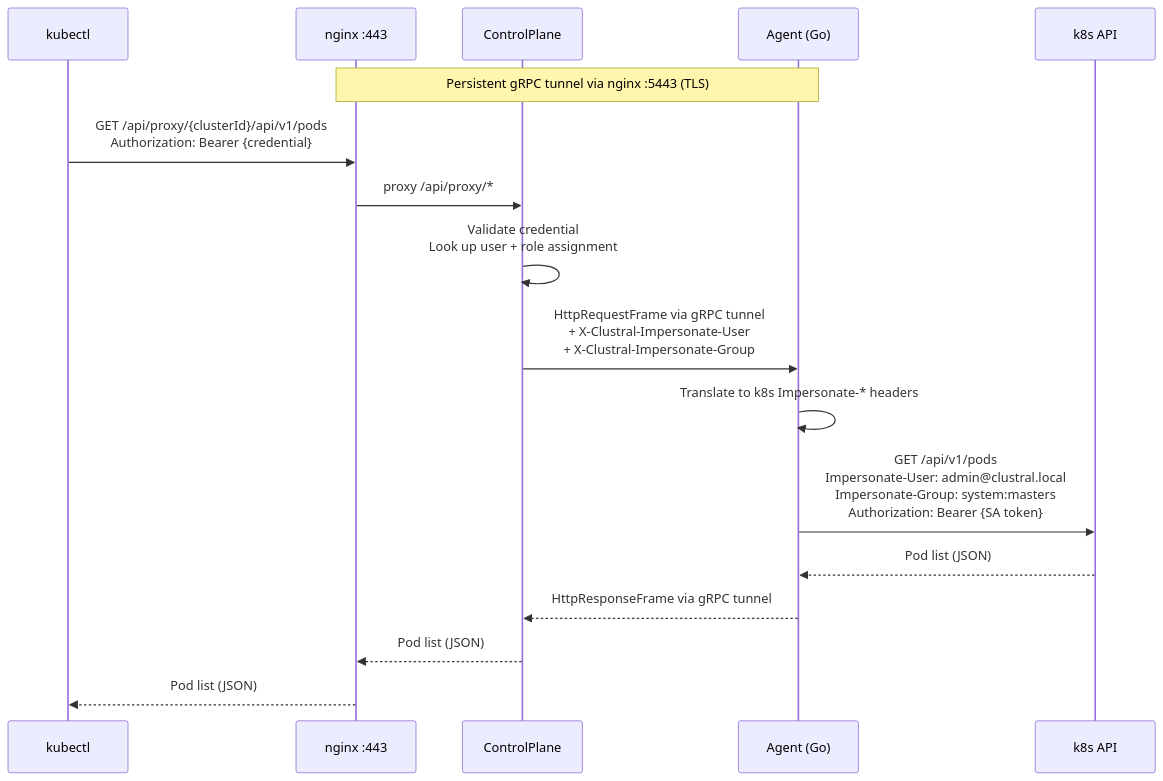
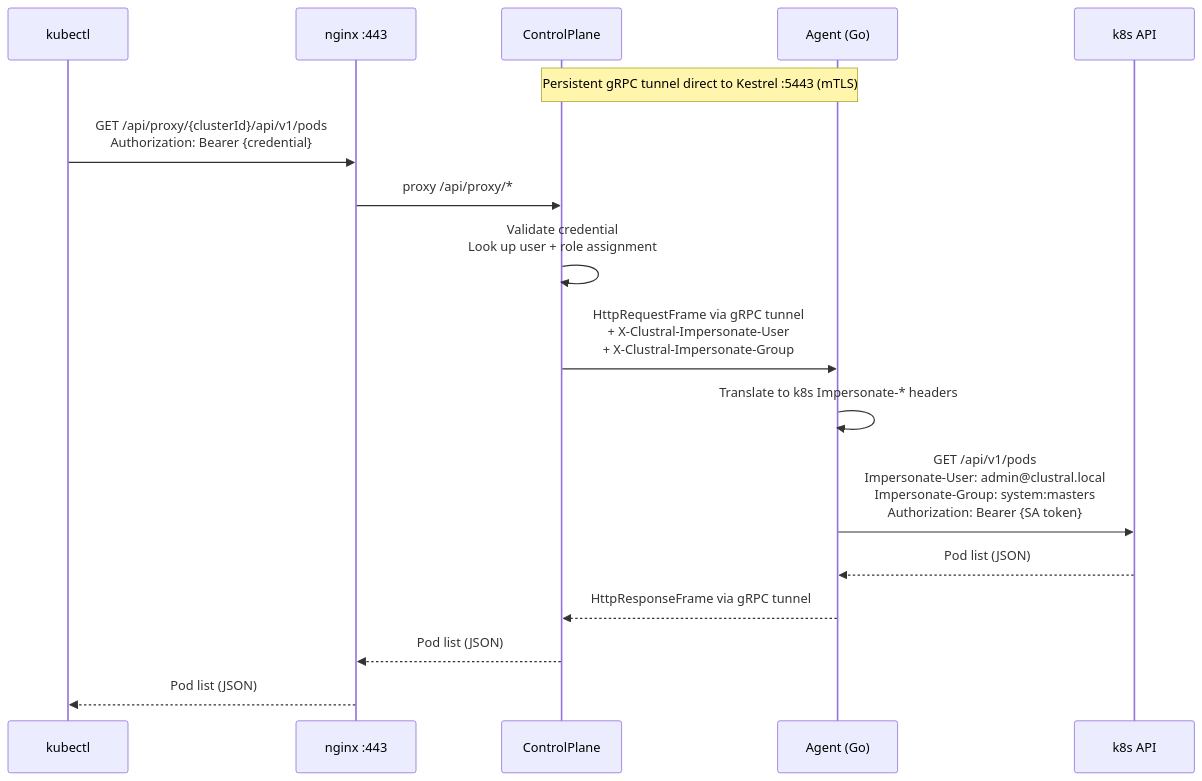
One commit to Clustral/clustral changed the third of 14 diagrams in README.md. Above: the diagram before and after it, drawn with Mermaid. The commit also changed other lines of this file and 16 other files, not shown here.

````diff
--- a/README.md
+++ b/README.md
@@ -95,21 +95,21 @@
 ```mermaid
 sequenceDiagram
     participant kubectl
     participant NGX as nginx :443
     participant CP as ControlPlane
     participant Agent as Agent (Go)
     participant K8S as k8s API
 
-    Note over Agent,NGX: Persistent gRPC tunnel via nginx :5443 (TLS)
+    Note over Agent,CP: Persistent gRPC tunnel direct to Kestrel :5443 (mTLS)
 
     kubectl->>NGX: GET /api/proxy/{clusterId}/api/v1/pods<br/>Authorization: Bearer {credential}
     NGX->>CP: proxy /api/proxy/*
     CP->>CP: Validate credential<br/>Look up user + role assignment
     CP->>Agent: HttpRequestFrame via gRPC tunnel<br/>+ X-Clustral-Impersonate-User<br/>+ X-Clustral-Impersonate-Group
     Agent->>Agent: Translate to k8s Impersonate-* headers
     Agent->>K8S: GET /api/v1/pods<br/>Impersonate-User: admin@clustral.local<br/>Impersonate-Group: system:masters<br/>Authorization: Bearer {SA token}
     K8S-->>Agent: Pod list (JSON)
     Agent-->>CP: HttpResponseFrame via gRPC tunnel
     CP-->>NGX: Pod list (JSON)
     NGX-->>kubectl: Pod list (JSON)
 ```
````
